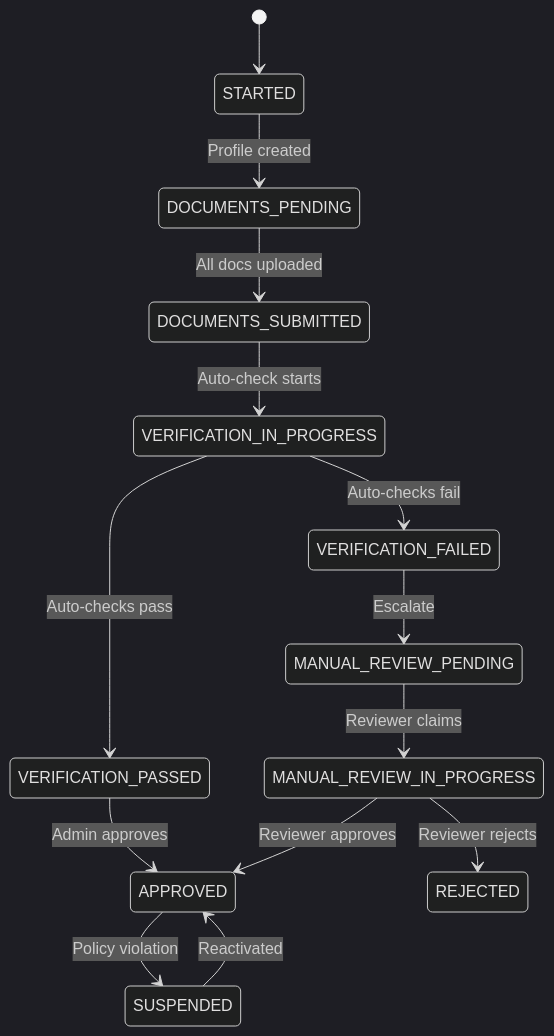
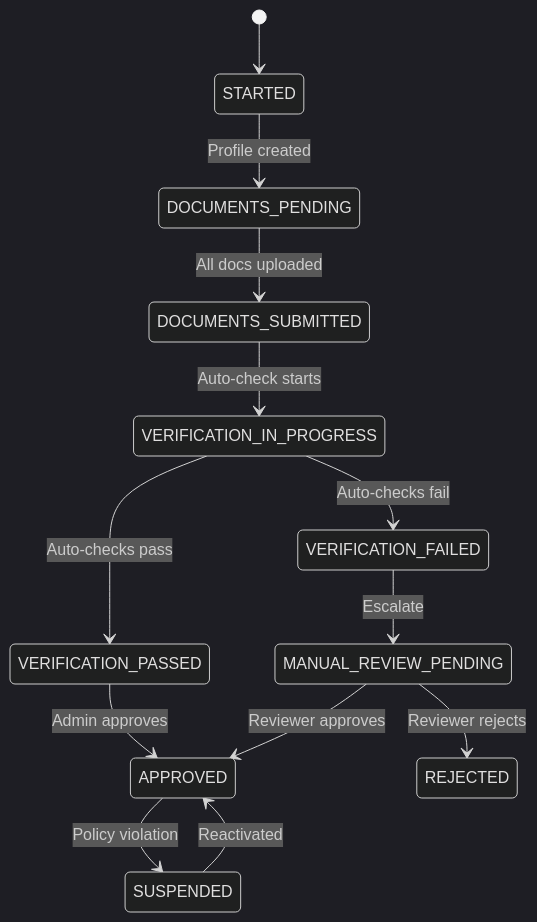
Before and after one commit to arunmenon/PortiQ: the fourth of 14 diagrams in docs/FEATURES_AND_ARCHITECTURE.md, drawn with Mermaid (dark theme). The commit also changed other lines of this file and 90 other files, not shown here.

````diff
--- a/docs/FEATURES_AND_ARCHITECTURE.md
+++ b/docs/FEATURES_AND_ARCHITECTURE.md
@@ -405,16 +415,15 @@
 ```mermaid
 stateDiagram-v2
     [*] --> STARTED
     STARTED --> DOCUMENTS_PENDING: Profile created
     DOCUMENTS_PENDING --> DOCUMENTS_SUBMITTED: All docs uploaded
     DOCUMENTS_SUBMITTED --> VERIFICATION_IN_PROGRESS: Auto-check starts
     VERIFICATION_IN_PROGRESS --> VERIFICATION_PASSED: Auto-checks pass
     VERIFICATION_IN_PROGRESS --> VERIFICATION_FAILED: Auto-checks fail
     VERIFICATION_PASSED --> APPROVED: Admin approves
     VERIFICATION_FAILED --> MANUAL_REVIEW_PENDING: Escalate
-    MANUAL_REVIEW_PENDING --> MANUAL_REVIEW_IN_PROGRESS: Reviewer claims
-    MANUAL_REVIEW_IN_PROGRESS --> APPROVED: Reviewer approves
-    MANUAL_REVIEW_IN_PROGRESS --> REJECTED: Reviewer rejects
+    MANUAL_REVIEW_PENDING --> APPROVED: Reviewer approves
+    MANUAL_REVIEW_PENDING --> REJECTED: Reviewer rejects
     APPROVED --> SUSPENDED: Policy violation
     SUSPENDED --> APPROVED: Reactivated
 ```
````
